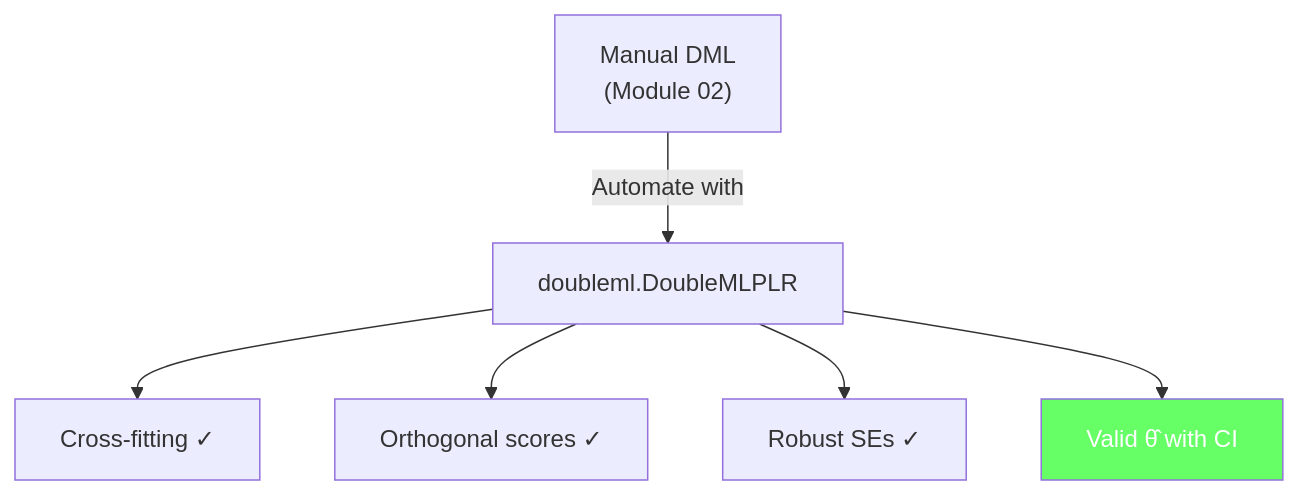
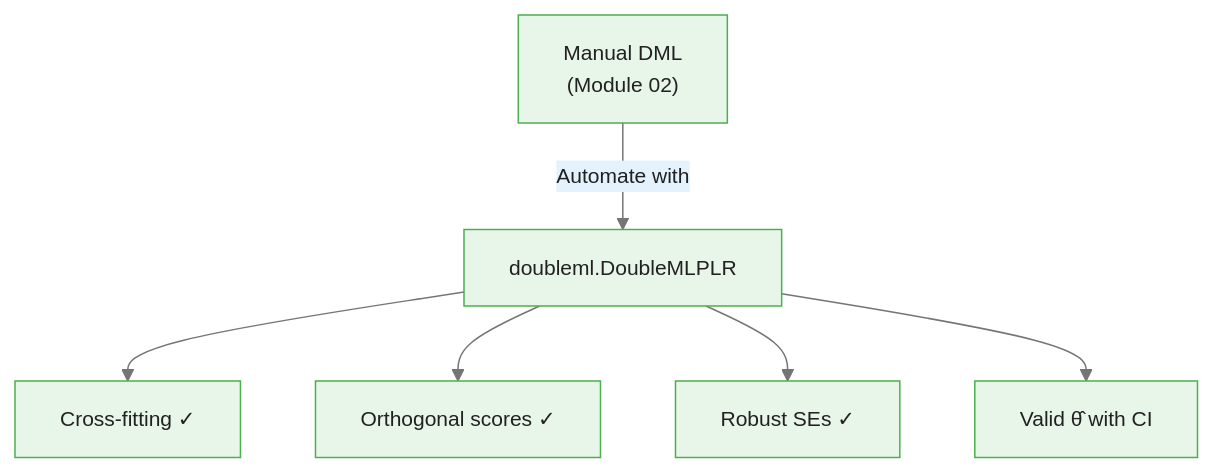
One commit to m-deane/course-creator changed the second of 2 diagrams in courses/double-machine-learning/modules/module_05_partially_linear_models/guides/01_plr_in_practice_slides.md. Above: the diagram before and after it, drawn with Mermaid. The commit also changed other lines of this file and 40 other files, not shown here.

````diff
--- a/courses/double-machine-learning/modules/module_05_partially_linear_models/guides/01_plr_in_practice_slides.md
+++ b/courses/double-machine-learning/modules/module_05_partially_linear_models/guides/01_plr_in_practice_slides.md
@@ -226,9 +240,9 @@
 ```mermaid
+%%{init: {"theme": "base", "themeVariables": {"primaryColor": "#e8f5e9", "primaryBorderColor": "#4caf50", "primaryTextColor": "#212121", "secondaryColor": "#e3f2fd", "tertiaryColor": "#fff8e1", "lineColor": "#757575", "fontFamily": "Inter, sans-serif", "fontSize": "14px"}}}%%
 flowchart TD
     Manual["Manual DML<br/>(Module 02)"] -->|"Automate with"| DML["doubleml.DoubleMLPLR"]
     DML --> CF["Cross-fitting ✓"]
     DML --> OS["Orthogonal scores ✓"]
     DML --> SE["Robust SEs ✓"]
     DML --> Result["Valid θ̂ with CI"]
-    style Result fill:#6f6,color:#fff
 ```
````
